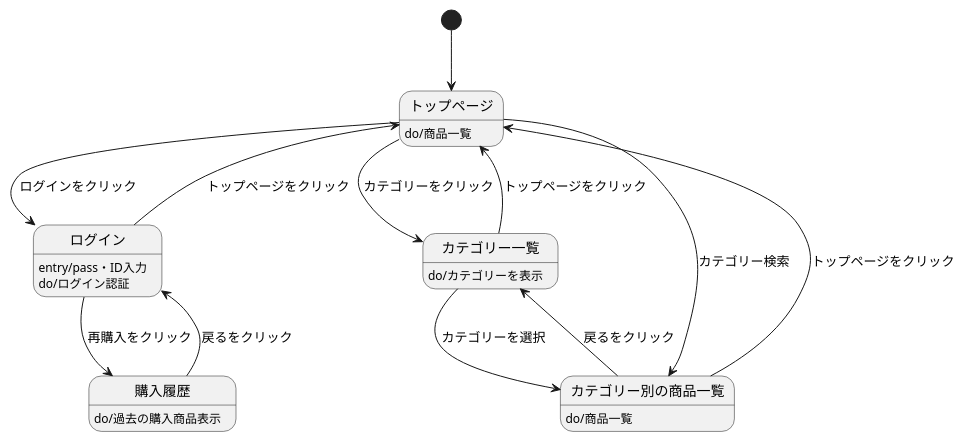
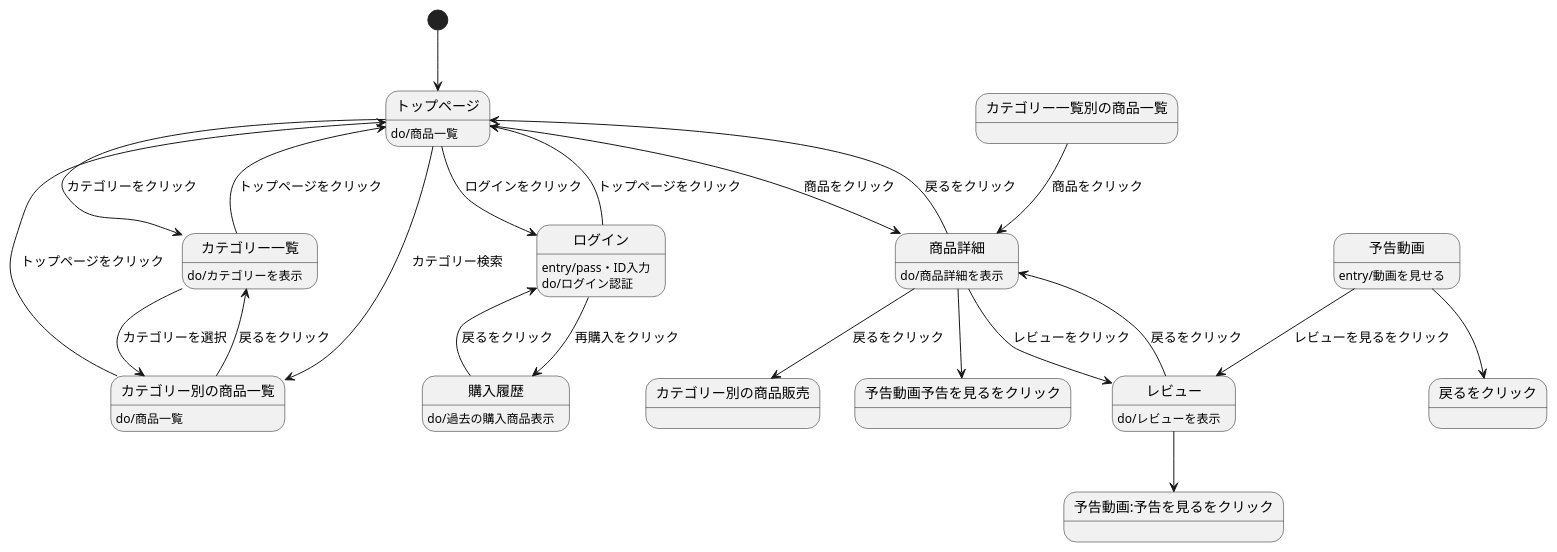
The diagram in orizinaru.md (Aso2001388/2021sys-design), drawn with PlantUML before and after one commit.

````diff
--- a/orizinaru.md
+++ b/orizinaru.md
@@ -1,21 +1,34 @@
 ```uml 
 @startuml
 [*]-->トップページ
 トップページ : do/商品一覧
 トップページ-->ログイン: ログインをクリック
 ログイン-->トップページ: トップページをクリック
 ログイン: entry/pass・ID入力
 ログイン: do/ログイン認証
 ログイン-->購入履歴: 再購入をクリック
 購入履歴-->ログイン: 戻るをクリック
 購入履歴: do/過去の購入商品表示
 トップページ-->カテゴリー一覧: カテゴリーをクリック
 カテゴリー一覧-->トップページ: トップページをクリック
 カテゴリー一覧: do/カテゴリーを表示
 トップページ-->カテゴリー別の商品一覧: カテゴリー検索
 カテゴリー別の商品一覧-->トップページ: トップページをクリック
 カテゴリー別の商品一覧: do/商品一覧
 カテゴリー一覧-->カテゴリー別の商品一覧: カテゴリーを選択
 カテゴリー別の商品一覧-->カテゴリー一覧: 戻るをクリック
+トップページ-->商品詳細: 商品をクリック
+商品詳細-->トップページ: 戻るをクリック
+商品詳細: do/商品詳細を表示
+カテゴリー一覧別の商品一覧-->商品詳細: 商品をクリック
+商品詳細-->カテゴリー別の商品販売: 戻るをクリック
+商品詳細-->レビュー: レビューをクリック
+レビュー-->商品詳細: 戻るをクリック
+レビュー: do/レビューを表示
+商品詳細-->予告動画予告を見るをクリック
+予告動画-->戻るをクリック
+予告動画: entry/動画を見せる
+予告動画-->レビュー: レビューを見るをクリック
+レビュー-->予告動画:予告を見るをクリック
 @enduml
 ``` 
````
